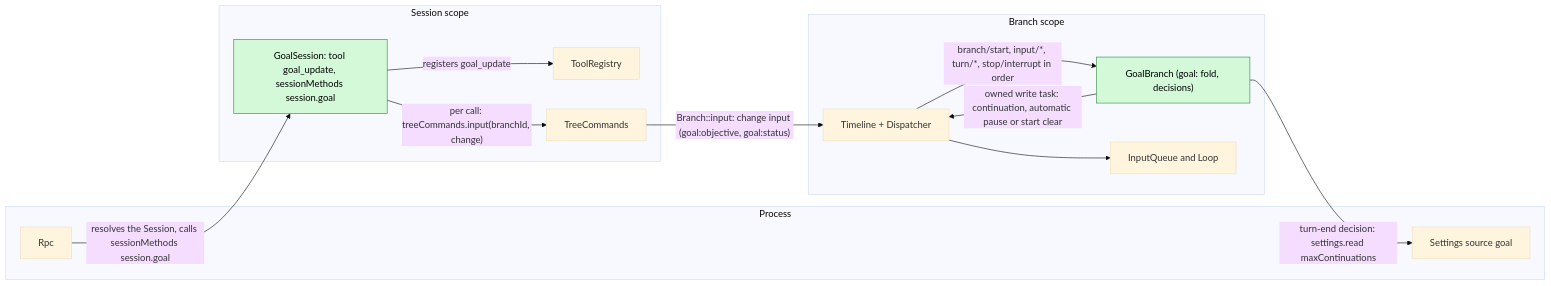
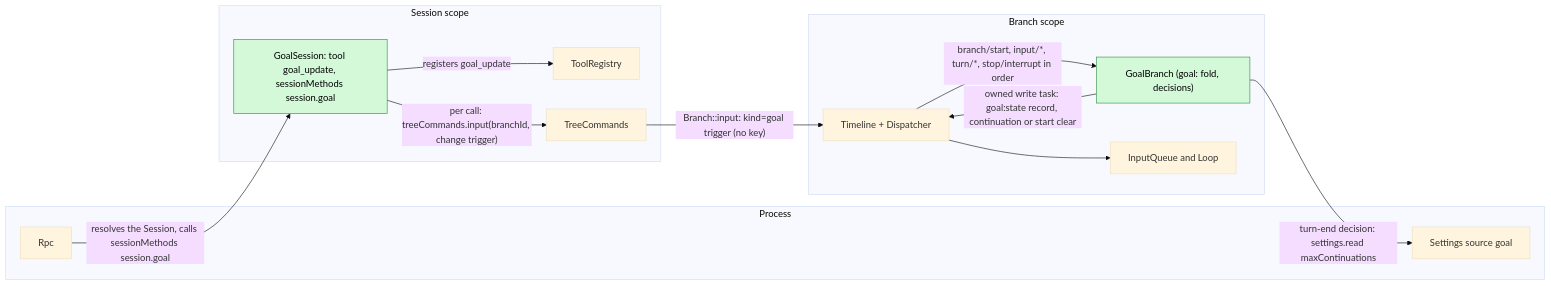
The first of 7 diagrams in docs/design/plugins/Goal.md (CoutinhoTTS/dim-agent), drawn with Mermaid (base theme) before and after one commit. The commit also changed other lines of this file and 23 other files, not shown here.

````diff
--- a/docs/design/plugins/Goal.md
+++ b/docs/design/plugins/Goal.md
@@ -11,26 +11,26 @@
 ```mermaid
 flowchart LR
   subgraph PROC["Process"]
     Rpc["Rpc"]
     Settings["Settings source goal"]
   end
   subgraph SESS["Session scope"]
     GS["GoalSession: tool goal_update, sessionMethods session.goal"]:::new
     TR["ToolRegistry"]
     TC["TreeCommands"]
   end
   subgraph BR["Branch scope"]
     GB["GoalBranch (goal: fold, decisions)"]:::new
     TL["Timeline + Dispatcher"]
     IQ["InputQueue and Loop"]
   end
   GS -- "registers goal_update" --> TR
   Rpc -- "resolves the Session, calls sessionMethods session.goal" --> GS
-  GS -- "per call: treeCommands.input(branchId, change)" --> TC
-  TC -- "Branch::input: change input (goal:objective, goal:status)" --> TL
+  GS -- "per call: treeCommands.input(branchId, change trigger)" --> TC
+  TC -- "Branch::input: kind=goal trigger (no key)" --> TL
   TL -- "branch/start, input/*, turn/*, stop/interrupt in order" --> GB
-  GB -- "owned write task: continuation, automatic pause or start clear" --> TL
+  GB -- "owned write task: goal:state record, continuation or start clear" --> TL
   GB -- "turn-end decision: settings.read maxContinuations" --> Settings
   TL --> IQ
   classDef new fill:#d3f9d8,stroke:#2b8a3e,color:#000
 ```
````
